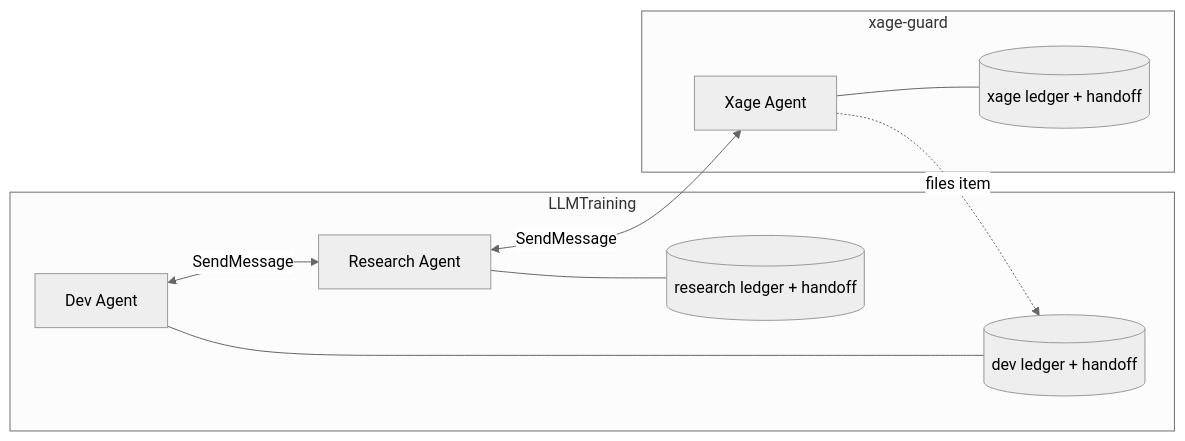
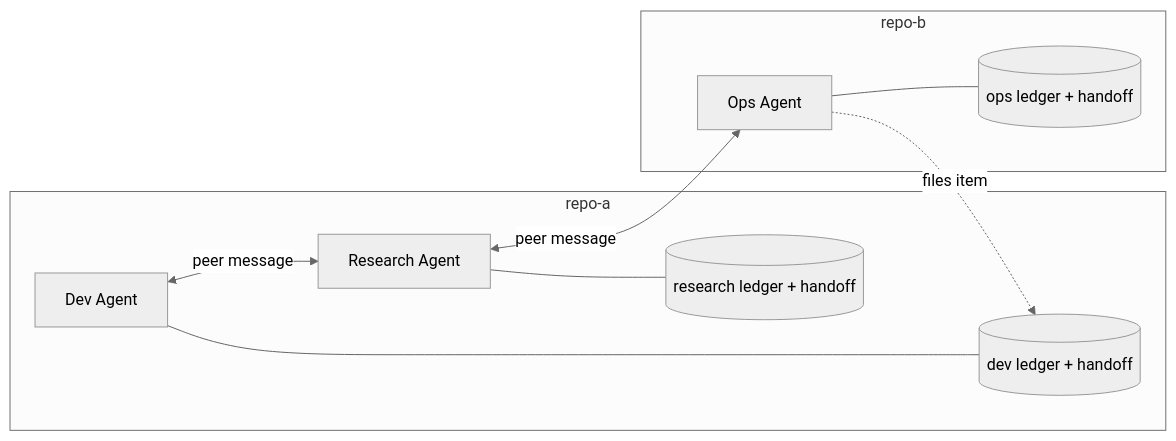
The diagram in docs/design/agents.md (FNGApex/apex-claude), drawn with Mermaid (neutral theme) before and after one commit. The commit also changed other lines of this file and 20 other files, not shown here.

````diff
--- a/docs/design/agents.md
+++ b/docs/design/agents.md
@@ -43,13 +254,13 @@
 ```mermaid
 flowchart LR
-  subgraph LLMTraining
+  subgraph repo-a
     dev[Dev Agent] --- devL[(dev ledger + handoff)]
     res[Research Agent] --- resL[(research ledger + handoff)]
   end
-  subgraph xage-guard
-    xage[Xage Agent] --- xageL[(xage ledger + handoff)]
+  subgraph repo-b
+    ops[Ops Agent] --- opsL[(ops ledger + handoff)]
   end
-  dev <-- SendMessage --> res
-  res <-- SendMessage --> xage
-  xage -. files item .-> devL
+  dev <-- peer message --> res
+  res <-- peer message --> ops
+  ops -. files item .-> devL
 ```
````
